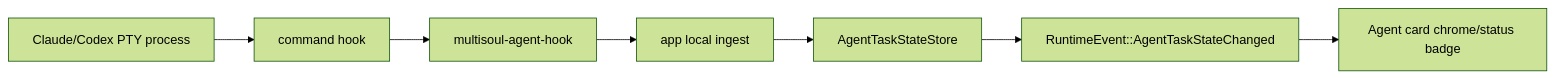
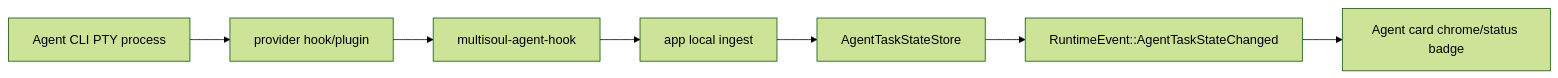
One commit to multisoul-ai/Norma-AI-OS changed the diagram in docs/references/card-runtime-events.md. Above: the diagram before and after it, drawn with Mermaid (forest theme). The commit also changed other lines of this file and 15 other files, not shown here.

Commit message:
docs: align domain contracts and architecture

````diff
--- a/docs/references/card-runtime-events.md
+++ b/docs/references/card-runtime-events.md
@@ -187,9 +189,9 @@
 ```mermaid
 flowchart LR
-  Agent["Claude/Codex PTY process"] --> Hook["command hook"]
+  Agent["Agent CLI PTY process"] --> Hook["provider hook/plugin"]
   Hook --> Bridge["multisoul-agent-hook"]
   Bridge --> Ingest["app local ingest"]
   Ingest --> Store["AgentTaskStateStore"]
   Store --> Events["RuntimeEvent::AgentTaskStateChanged"]
   Events --> UI["Agent card chrome/status badge"]
 ```
````
